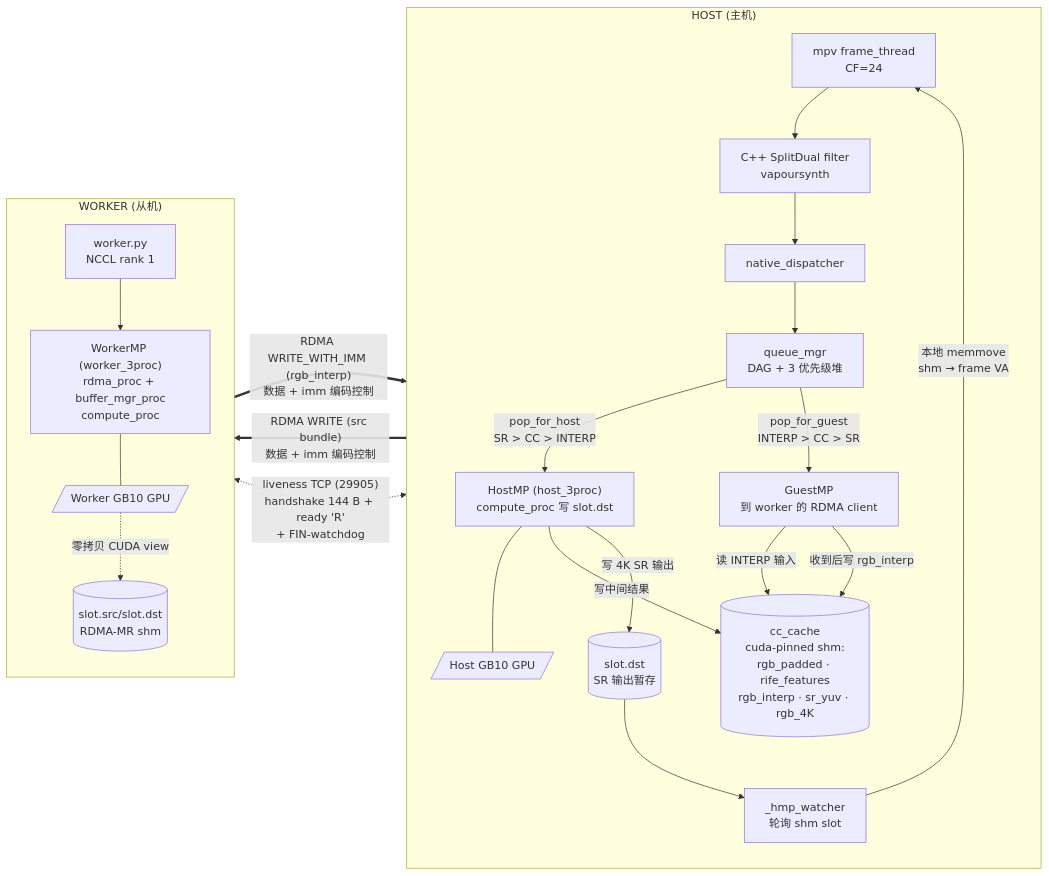
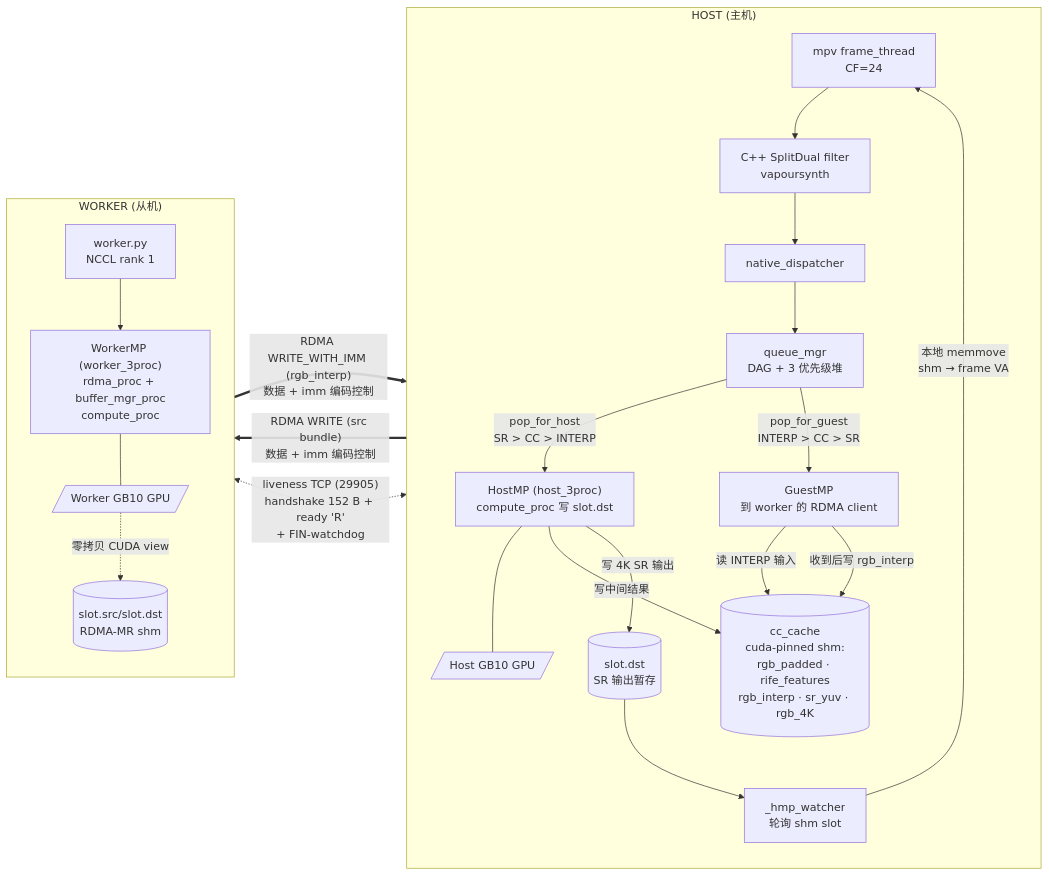
The first of 2 diagrams in dual_machine/README.zh-CN.md (Cryspia/dgxspark-jellyfin-mpv-rife), drawn with Mermaid before and after one commit. The commit also changed other lines of this file and 24 other files, not shown here.

````diff
--- a/dual_machine/README.zh-CN.md
+++ b/dual_machine/README.zh-CN.md
@@ -71,39 +79,39 @@
 ```mermaid
 flowchart LR
     subgraph HOST["HOST (主机)"]
         direction TB
         mpv[mpv frame_thread<br/>CF=24]
         HW[_hmp_watcher<br/>轮询 shm slot]
         SD[C++ SplitDual filter<br/>vapoursynth]
         ND[native_dispatcher]
         QM[queue_mgr<br/>DAG + 3 优先级堆]
         HMP["HostMP (host_3proc)<br/>compute_proc 写 slot.dst"]
         GMP[GuestMP<br/>到 worker 的 RDMA client]
         CC[(cc_cache<br/>cuda-pinned shm:<br/>rgb_padded · rife_features<br/>rgb_interp · sr_yuv · rgb_4K)]
         HSHM[(slot.dst<br/>SR 输出暂存)]
         HG[/Host GB10 GPU/]
         mpv --> SD --> ND --> QM
         QM -->|"pop_for_host<br/>SR > CC > INTERP"| HMP
         QM -->|"pop_for_guest<br/>INTERP > CC > SR"| GMP
         HMP --- HG
         HMP -->|写中间结果| CC
         HMP -->|写 4K SR 输出| HSHM
         GMP -->|读 INTERP 输入| CC
         GMP -->|收到后写 rgb_interp| CC
         HW -->|本地 memmove<br/>shm → frame VA| mpv
         HSHM --> HW
     end
     subgraph WORKER["WORKER (从机)"]
         direction TB
         WP[worker.py<br/>NCCL rank 1]
         WMP["WorkerMP (worker_3proc)<br/>rdma_proc + buffer_mgr_proc<br/>compute_proc"]
         WSHM[(slot.src/slot.dst<br/>RDMA-MR shm)]
         WG[/Worker GB10 GPU/]
         WP --> WMP
         WMP --- WG
         WG -.零拷贝 CUDA view.-> WSHM
     end
     GMP ==>|"RDMA WRITE (src bundle)<br/>数据 + imm 编码控制"| WSHM
     WSHM ==>|"RDMA WRITE_WITH_IMM (rgb_interp)<br/>数据 + imm 编码控制"| GMP
-    ND <-.->|"liveness TCP (29905)<br/>handshake 144 B + ready 'R'<br/>+ FIN-watchdog"| WP
+    ND <-.->|"liveness TCP (29905)<br/>handshake 152 B + ready 'R'<br/>+ FIN-watchdog"| WP
 ```
````
